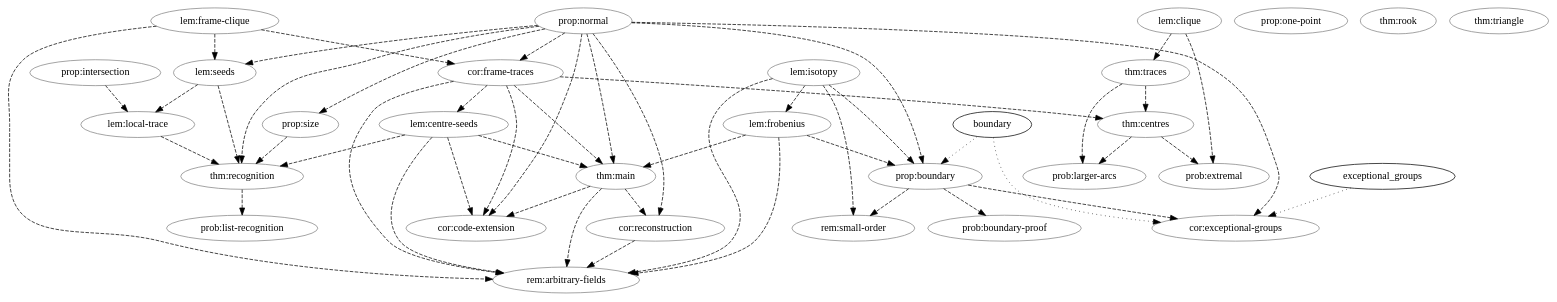
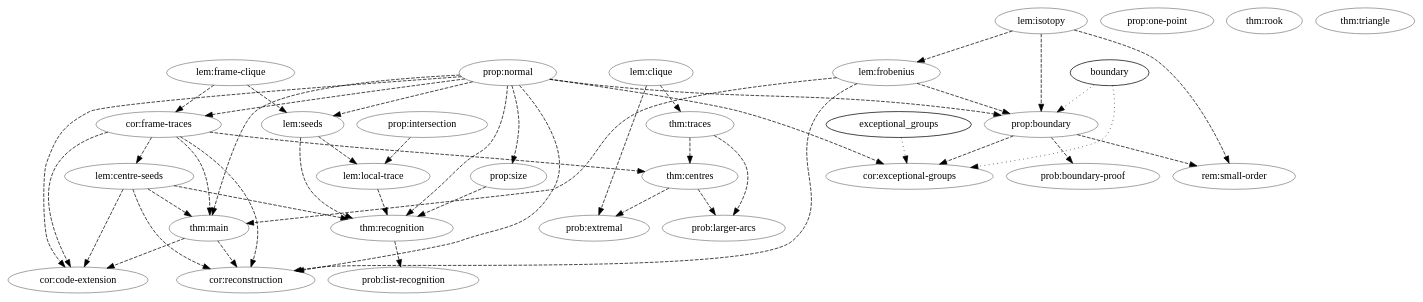
One commit to tavisrudd/continuation-graph-rigidity changed the diagram in verification/dependency-graph.dot. Above: the diagram before and after it, drawn with Graphviz. The commit also changed 8 other files, not shown here.

```diff
--- a/verification/dependency-graph.dot
+++ b/verification/dependency-graph.dot
@@ -1,80 +1,75 @@
 digraph claims {
   "cor:code-extension" [color="gray"];
   "thm:main" -> "cor:code-extension" [style=dashed];
   "prop:normal" -> "cor:code-extension" [style=dashed];
   "cor:frame-traces" -> "cor:code-extension" [style=dashed];
   "lem:centre-seeds" -> "cor:code-extension" [style=dashed];
   "cor:exceptional-groups" [color="gray"];
   "prop:boundary" -> "cor:exceptional-groups" [style=dashed];
   "prop:normal" -> "cor:exceptional-groups" [style=dashed];
   "boundary" -> "cor:exceptional-groups" [style=dotted];
   "exceptional_groups" -> "cor:exceptional-groups" [style=dotted];
   "cor:frame-traces" [color="gray"];
   "lem:frame-clique" -> "cor:frame-traces" [style=dashed];
   "prop:normal" -> "cor:frame-traces" [style=dashed];
   "cor:reconstruction" [color="gray"];
   "thm:main" -> "cor:reconstruction" [style=dashed];
   "prop:normal" -> "cor:reconstruction" [style=dashed];
+  "cor:frame-traces" -> "cor:reconstruction" [style=dashed];
+  "lem:centre-seeds" -> "cor:reconstruction" [style=dashed];
+  "lem:frobenius" -> "cor:reconstruction" [style=dashed];
   "lem:centre-seeds" [color="gray"];
   "cor:frame-traces" -> "lem:centre-seeds" [style=dashed];
   "lem:clique" [color="gray"];
   "lem:frame-clique" [color="gray"];
   "lem:frobenius" [color="gray"];
   "lem:isotopy" -> "lem:frobenius" [style=dashed];
   "lem:isotopy" [color="gray"];
   "lem:local-trace" [color="gray"];
   "lem:seeds" -> "lem:local-trace" [style=dashed];
   "prop:intersection" -> "lem:local-trace" [style=dashed];
   "lem:seeds" [color="gray"];
   "prop:normal" -> "lem:seeds" [style=dashed];
   "lem:frame-clique" -> "lem:seeds" [style=dashed];
   "prob:boundary-proof" [color="gray"];
   "prop:boundary" -> "prob:boundary-proof" [style=dashed];
   "prob:extremal" [color="gray"];
   "lem:clique" -> "prob:extremal" [style=dashed];
   "thm:centres" -> "prob:extremal" [style=dashed];
   "prob:larger-arcs" [color="gray"];
   "thm:traces" -> "prob:larger-arcs" [style=dashed];
   "thm:centres" -> "prob:larger-arcs" [style=dashed];
   "prob:list-recognition" [color="gray"];
   "thm:recognition" -> "prob:list-recognition" [style=dashed];
   "prop:boundary" [color="gray"];
   "prop:normal" -> "prop:boundary" [style=dashed];
   "lem:isotopy" -> "prop:boundary" [style=dashed];
   "lem:frobenius" -> "prop:boundary" [style=dashed];
   "boundary" -> "prop:boundary" [style=dotted];
   "prop:intersection" [color="gray"];
   "prop:normal" [color="gray"];
   "prop:one-point" [color="gray"];
   "prop:size" [color="gray"];
   "prop:normal" -> "prop:size" [style=dashed];
-  "rem:arbitrary-fields" [color="gray"];
-  "lem:isotopy" -> "rem:arbitrary-fields" [style=dashed];
-  "lem:frobenius" -> "rem:arbitrary-fields" [style=dashed];
-  "lem:frame-clique" -> "rem:arbitrary-fields" [style=dashed];
-  "cor:frame-traces" -> "rem:arbitrary-fields" [style=dashed];
-  "lem:centre-seeds" -> "rem:arbitrary-fields" [style=dashed];
-  "thm:main" -> "rem:arbitrary-fields" [style=dashed];
-  "cor:reconstruction" -> "rem:arbitrary-fields" [style=dashed];
   "rem:small-order" [color="gray"];
   "prop:boundary" -> "rem:small-order" [style=dashed];
   "lem:isotopy" -> "rem:small-order" [style=dashed];
   "thm:centres" [color="gray"];
   "cor:frame-traces" -> "thm:centres" [style=dashed];
   "thm:traces" -> "thm:centres" [style=dashed];
   "thm:main" [color="gray"];
   "cor:frame-traces" -> "thm:main" [style=dashed];
   "lem:centre-seeds" -> "thm:main" [style=dashed];
   "prop:normal" -> "thm:main" [style=dashed];
   "lem:frobenius" -> "thm:main" [style=dashed];
   "thm:recognition" [color="gray"];
   "lem:seeds" -> "thm:recognition" [style=dashed];
   "lem:local-trace" -> "thm:recognition" [style=dashed];
   "lem:centre-seeds" -> "thm:recognition" [style=dashed];
   "prop:normal" -> "thm:recognition" [style=dashed];
   "prop:size" -> "thm:recognition" [style=dashed];
   "thm:rook" [color="gray"];
   "thm:traces" [color="gray"];
   "lem:clique" -> "thm:traces" [style=dashed];
   "thm:triangle" [color="gray"];
 }
```
